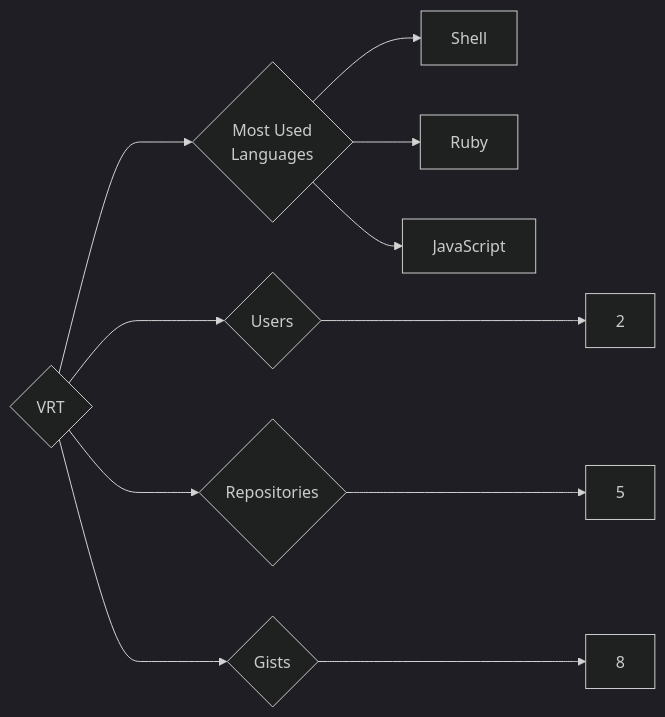
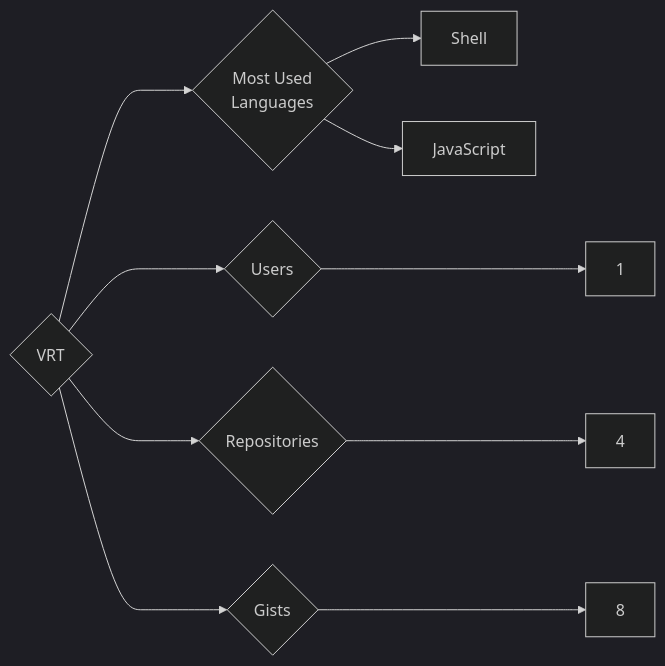
One commit to trickest/insiders changed the diagram in targets/VRT/README.md. Above: the diagram before and after it, drawn with Mermaid (dark theme). The commit also changed 839 other files, not shown here.

````diff
--- a/targets/VRT/README.md
+++ b/targets/VRT/README.md
@@ -3,11 +3,10 @@
 ```mermaid
 graph LR
 COMPANY_NAME{VRT}
-COMPANY_NAME ---> U{Users} ---> UN[2]
-COMPANY_NAME ---> R{Repositories} ---> RN[5]
+COMPANY_NAME ---> U{Users} ---> UN[1]
+COMPANY_NAME ---> R{Repositories} ---> RN[4]
 COMPANY_NAME ---> G{Gists} ---> GN[8]
 COMPANY_NAME ---> ML{Most Used<br>Languages}
 ML --> Shell[Shell]
-ML --> Ruby[Ruby]
 ML --> JavaScript[JavaScript]
 ```
````
